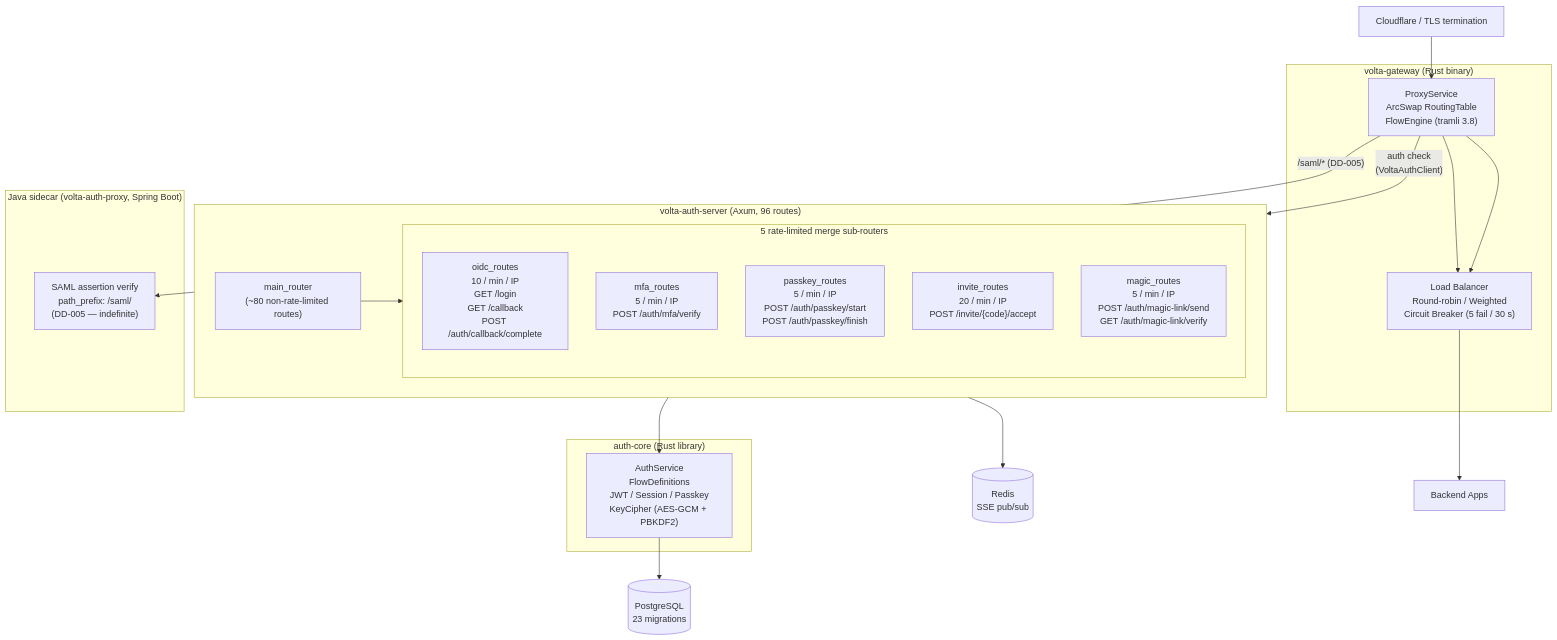
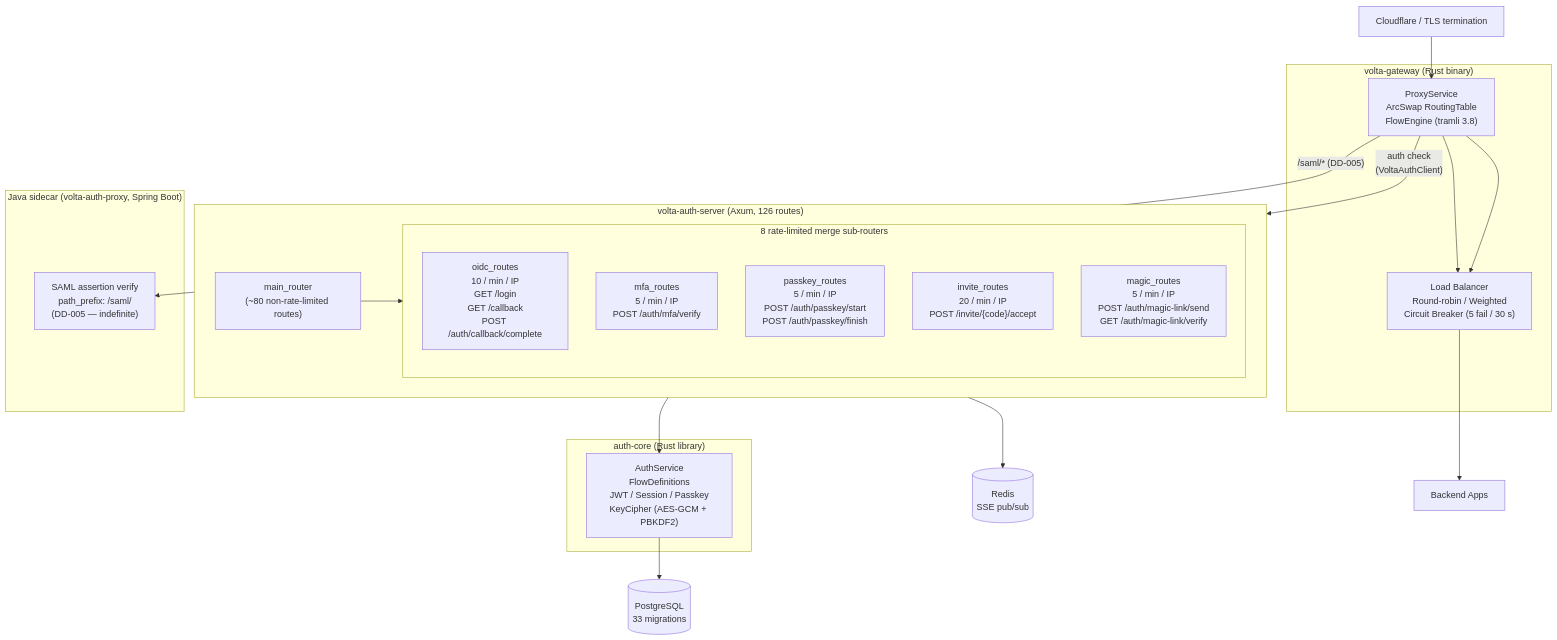
The seventh of 11 diagrams in spec/SPEC.md (opaopa6969/volta-gateway), drawn with Mermaid before and after one commit. The commit also changed other lines of this file and 38 other files, not shown here.

````diff
--- a/spec/SPEC.md
+++ b/spec/SPEC.md
@@ -1916,44 +1918,44 @@
 ```mermaid
 graph TB
     CF["Cloudflare / TLS termination"]
 
     subgraph volta-gateway ["volta-gateway (Rust binary)"]
         GW["ProxyService<br/>ArcSwap RoutingTable<br/>FlowEngine (tramli 3.8)"]
         LB["Load Balancer<br/>Round-robin / Weighted<br/>Circuit Breaker (5 fail / 30 s)"]
     end
 
-    subgraph auth-server ["volta-auth-server (Axum, 96 routes)"]
+    subgraph auth-server ["volta-auth-server (Axum, 126 routes)"]
         MAIN["main_router<br/>(~80 non-rate-limited routes)"]
 
-        subgraph rate_limited ["5 rate-limited merge sub-routers"]
+        subgraph rate_limited ["8 rate-limited merge sub-routers"]
             OIDC["oidc_routes<br/>10 / min / IP<br/>GET /login<br/>GET /callback<br/>POST /auth/callback/complete"]
             MFA["mfa_routes<br/>5 / min / IP<br/>POST /auth/mfa/verify"]
             PK["passkey_routes<br/>5 / min / IP<br/>POST /auth/passkey/start<br/>POST /auth/passkey/finish"]
             INV["invite_routes<br/>20 / min / IP<br/>POST /invite/{code}/accept"]
             ML["magic_routes<br/>5 / min / IP<br/>POST /auth/magic-link/send<br/>GET /auth/magic-link/verify"]
         end
 
         MAIN --> rate_limited
     end
 
     subgraph java_sidecar ["Java sidecar (volta-auth-proxy, Spring Boot)"]
         SAML["SAML assertion verify<br/>path_prefix: /saml/<br/>(DD-005 — indefinite)"]
     end
 
     subgraph auth-core ["auth-core (Rust library)"]
         AC["AuthService<br/>FlowDefinitions<br/>JWT / Session / Passkey<br/>KeyCipher (AES-GCM + PBKDF2)"]
     end
 
-    PG[("PostgreSQL<br/>23 migrations")]
+    PG[("PostgreSQL<br/>33 migrations")]
     REDIS[("Redis<br/>SSE pub/sub")]
     BACKENDS["Backend Apps"]
 
     CF --> GW
     GW --> LB
     GW -->|"/saml/* (DD-005)"| SAML
     GW -->|"auth check<br/>(VoltaAuthClient)"| auth-server
     GW --> LB --> BACKENDS
     auth-server --> AC
     AC --> PG
     auth-server --> REDIS
 ```
````
